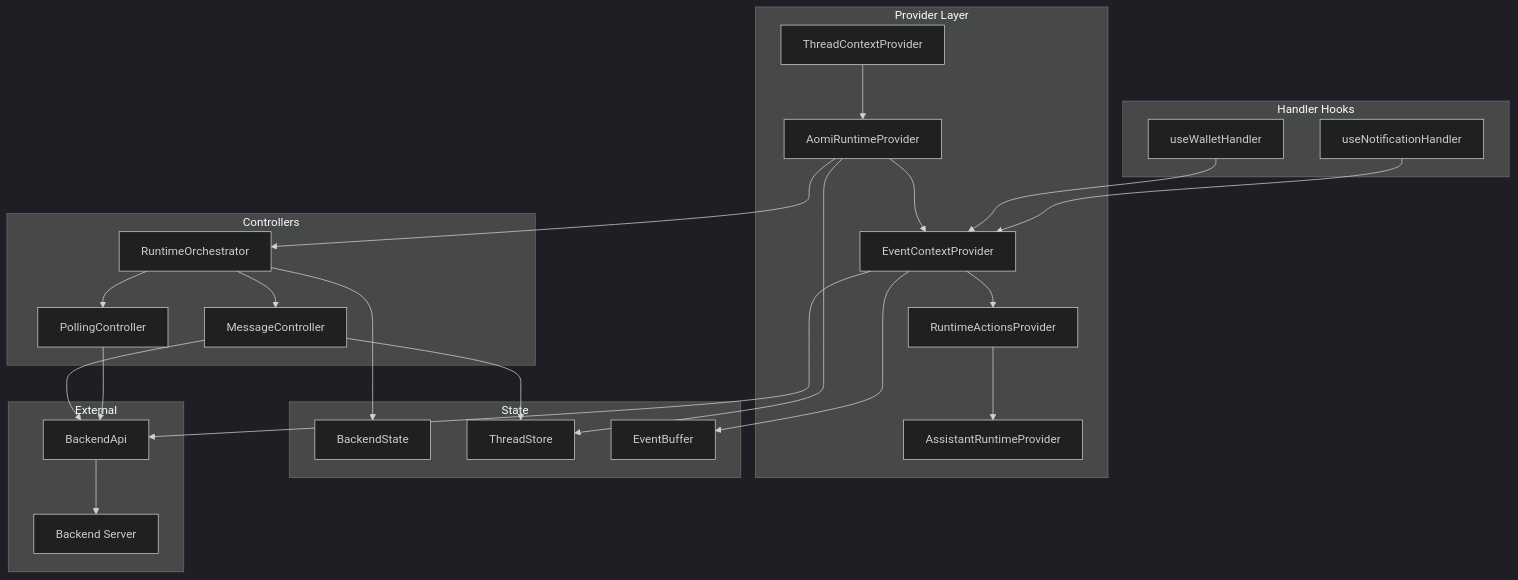
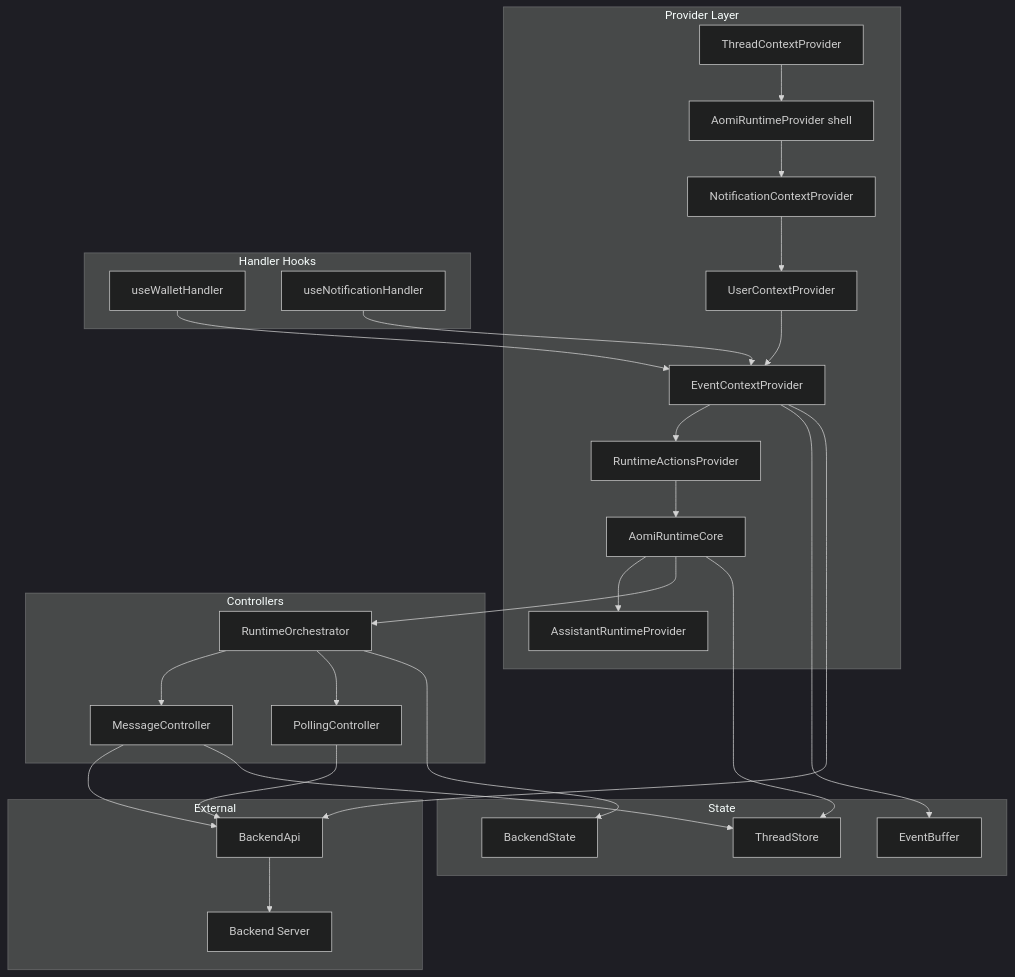
Before and after one commit to aomi-labs/aomi-widget: the first of 13 diagrams in specs/RUNTIME-ARCH.md, drawn with Mermaid (dark theme). The commit also changed other lines of this file and 6 other files, not shown here.

````diff
--- a/specs/RUNTIME-ARCH.md
+++ b/specs/RUNTIME-ARCH.md
@@ -13,55 +13,61 @@
 ```mermaid
 graph TB
     subgraph "Provider Layer"
         TCP[ThreadContextProvider]
-        ARP[AomiRuntimeProvider]
+        ARP[AomiRuntimeProvider shell]
+        NCP[NotificationContextProvider]
+        UCP[UserContextProvider]
         ECP[EventContextProvider]
         RAP[RuntimeActionsProvider]
+        ARC[AomiRuntimeCore]
         ASRP[AssistantRuntimeProvider]
     end
 
     subgraph "Controllers"
         RO[RuntimeOrchestrator]
         MC[MessageController]
         PC[PollingController]
     end
 
     subgraph "State"
         BS[BackendState]
         TS[ThreadStore]
         EB[EventBuffer]
     end
 
     subgraph "Handler Hooks"
         WH[useWalletHandler]
         NH[useNotificationHandler]
     end
 
     subgraph "External"
         API[BackendApi]
         BE[Backend Server]
     end
 
     TCP --> ARP
-    ARP --> ECP
+    ARP --> NCP
+    NCP --> UCP
+    UCP --> ECP
     ECP --> RAP
-    RAP --> ASRP
+    RAP --> ARC
+    ARC --> ASRP
 
-    ARP --> RO
+    ARC --> RO
     RO --> MC
     RO --> PC
     RO --> BS
 
     MC --> API
     PC --> API
     API --> BE
 
     ECP --> EB
     ECP --> API
 
     WH --> ECP
     NH --> ECP
 
-    ARP --> TS
+    ARC --> TS
     MC --> TS
 ```
````
